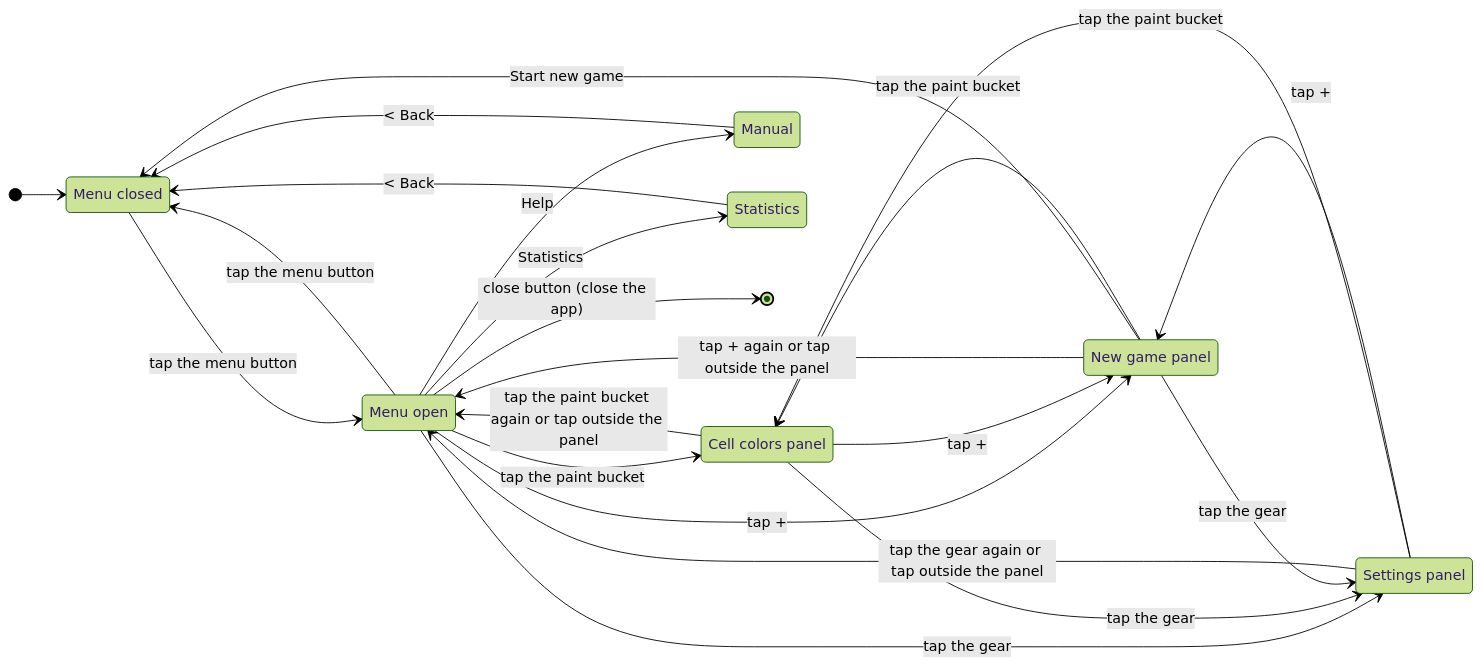
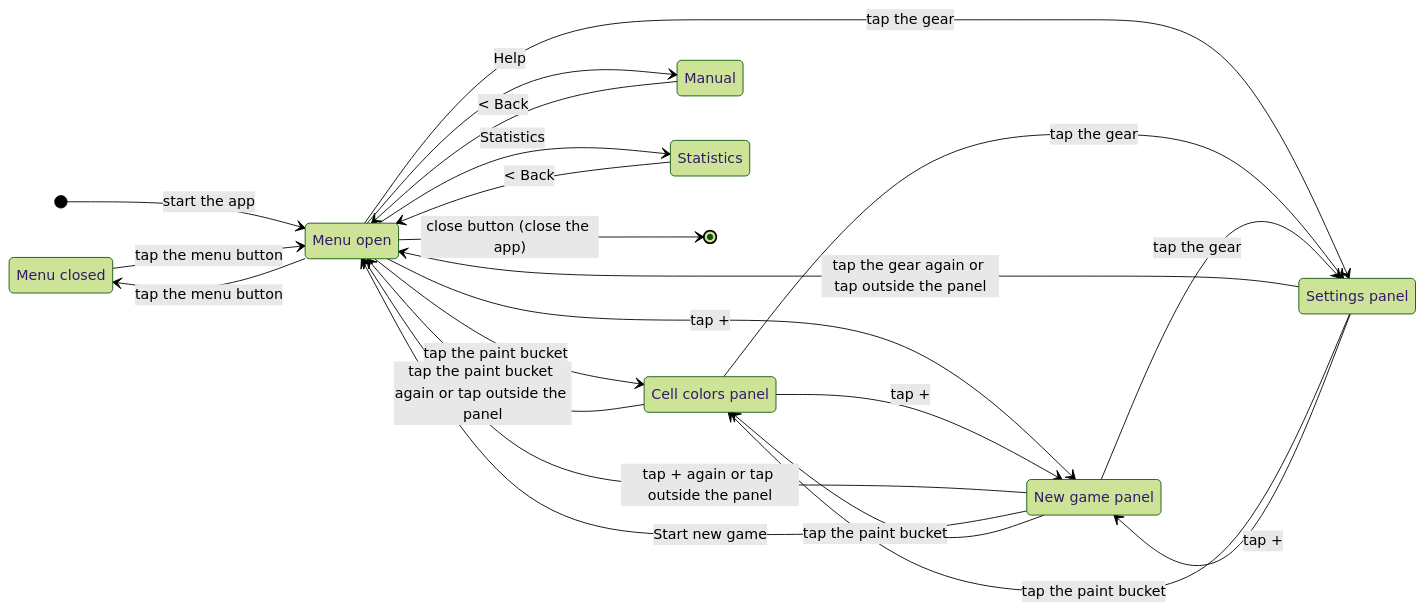
Before and after one commit to garbles/sudoku: the ninth of 13 diagrams in REQUIREMENTS.md, drawn with Mermaid (forest theme). The commit also changed other lines of this file and 27 other files, not shown here.

````diff
--- a/REQUIREMENTS.md
+++ b/REQUIREMENTS.md
@@ -492,32 +503,32 @@
 ```mermaid
 stateDiagram-v2
     direction LR
     state "Menu closed" as Closed
     state "Menu open" as Open
     state "Cell colors panel" as Colors
     state "Settings panel" as SettingsP
     state "New game panel" as NewGame
-    [*] --> Closed
+    [*] --> Open: start the app
     Closed --> Open: tap the menu button
     Open --> Closed: tap the menu button
     Open --> Colors: tap the paint bucket
     Colors --> Open: tap the paint bucket again or tap outside the panel
     Open --> NewGame: tap +
     NewGame --> Open: tap + again or tap outside the panel
-    NewGame --> Closed: Start new game
+    NewGame --> Open: Start new game
     Colors --> NewGame: tap +
     NewGame --> Colors: tap the paint bucket
     Open --> SettingsP: tap the gear
     SettingsP --> Open: tap the gear again or tap outside the panel
     SettingsP --> Colors: tap the paint bucket
     SettingsP --> NewGame: tap +
     Colors --> SettingsP: tap the gear
     NewGame --> SettingsP: tap the gear
     Open --> Manual: Help
     Open --> Statistics: Statistics
     Open --> [*]: close button (close the app)
     state "Manual" as Manual
     state "Statistics" as Statistics
-    Manual --> Closed: < Back
-    Statistics --> Closed: < Back
+    Manual --> Open: < Back
+    Statistics --> Open: < Back
 ```
````
